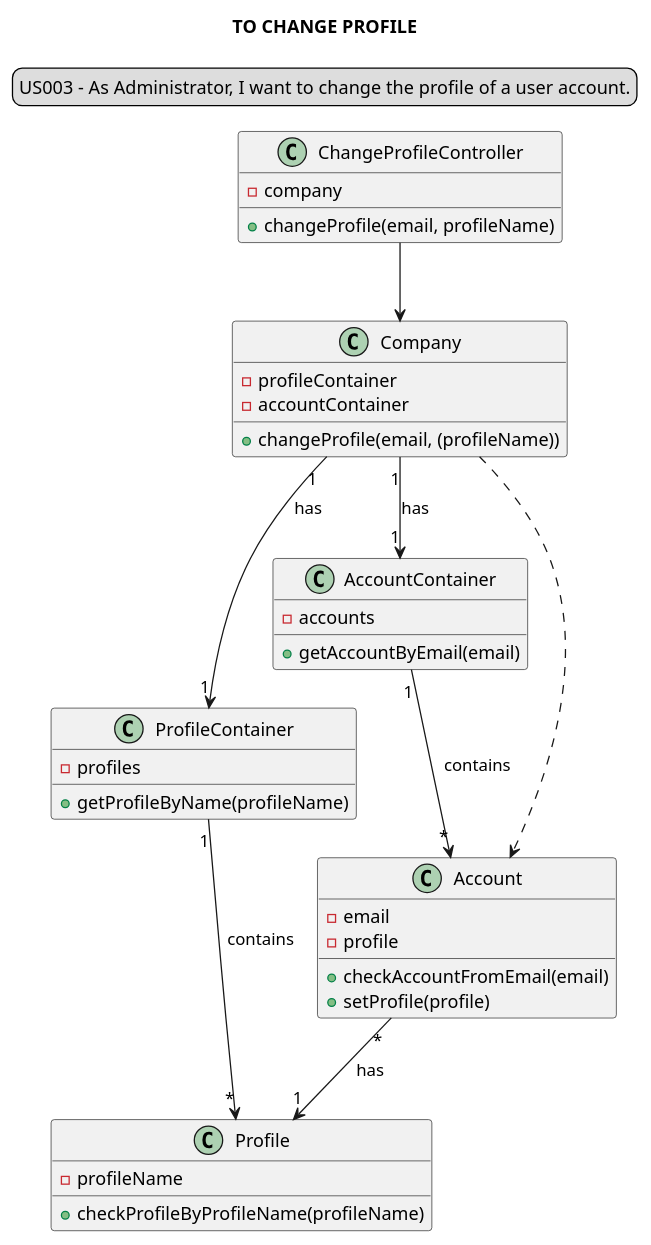
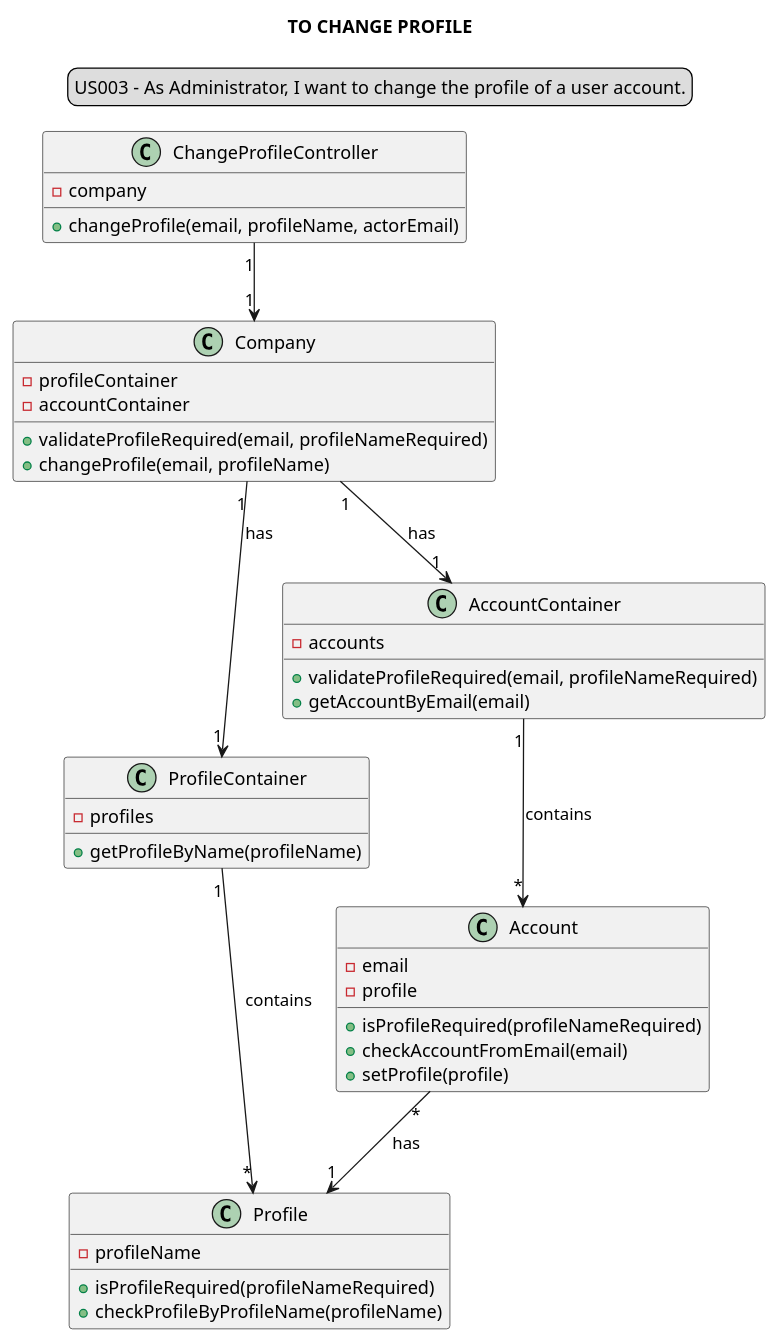
The diagram in docs/modelling_design/user_stories/sprint01/us003/US003_classDiagram.puml (Loracline/project_switch_22-23), drawn with PlantUML before and after one commit. The commit also changed 25 other files, not shown here.

Commit message:
US001,002,003,004,005,006,007,008,009,011_012_013, 014, 015, 016: Design : refinement of class Diagram

```diff
--- a/docs/modelling_design/user_stories/sprint01/us003/US003_classDiagram.puml
+++ b/docs/modelling_design/user_stories/sprint01/us003/US003_classDiagram.puml
@@ -1,51 +1,54 @@
 @startuml
 
 skinparam sequenceMessageAlign center
 title TO CHANGE PROFILE
 legend top
 US003 - As Administrator, I want to change the profile of a user account.
 end legend
 
 class ChangeProfileController {
 -company
-+changeProfile(email, profileName)
++changeProfile(email, profileName, actorEmail)
 }
 
 class Company {
 -profileContainer
 -accountContainer
-+changeProfile(email, (profileName))
++validateProfileRequired(email, profileNameRequired)
++changeProfile(email, profileName)
 }
 
 class ProfileContainer {
 -profiles
 +getProfileByName(profileName)
 }
 
 class AccountContainer {
 -accounts
++validateProfileRequired(email, profileNameRequired)
 +getAccountByEmail(email)
 }
 
 class Account{
 -email
 -profile
++ isProfileRequired(profileNameRequired)
 +checkAccountFromEmail(email)
 +setProfile(profile)
 }
 
 class Profile{
 -profileName
++ isProfileRequired(profileNameRequired)
 + checkProfileByProfileName(profileName)
 }
 
 
-ChangeProfileController --> Company
+ChangeProfileController "1"-->"1" Company
 Company "1"-->"1" AccountContainer: has
 Company "1"-->"1" ProfileContainer: has
-Company ..> Account
 AccountContainer "1"-->"*" Account: contains
 ProfileContainer "1"-->"*" Profile: contains
 Account "*"-->"1" Profile: has
 
 @enduml
```
